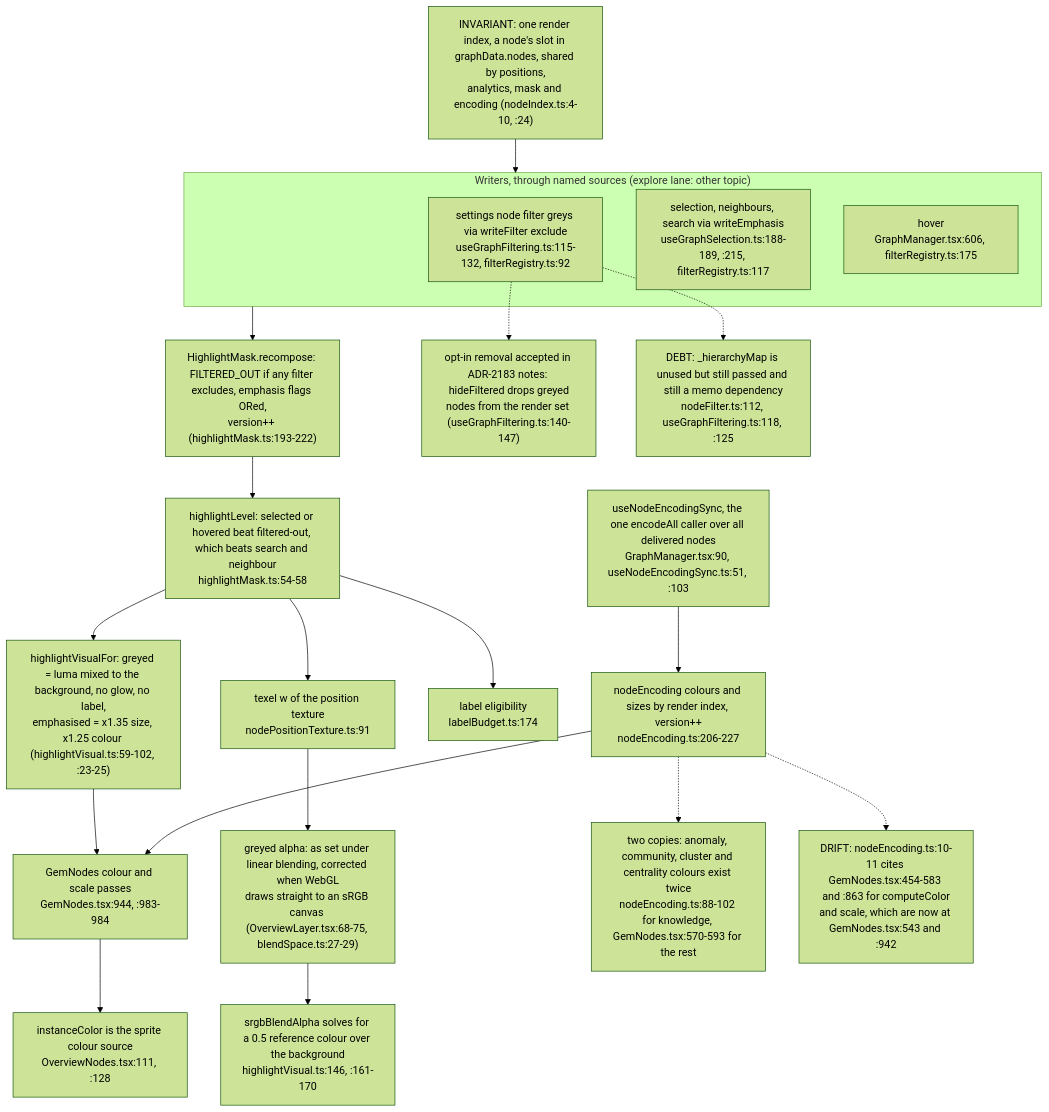
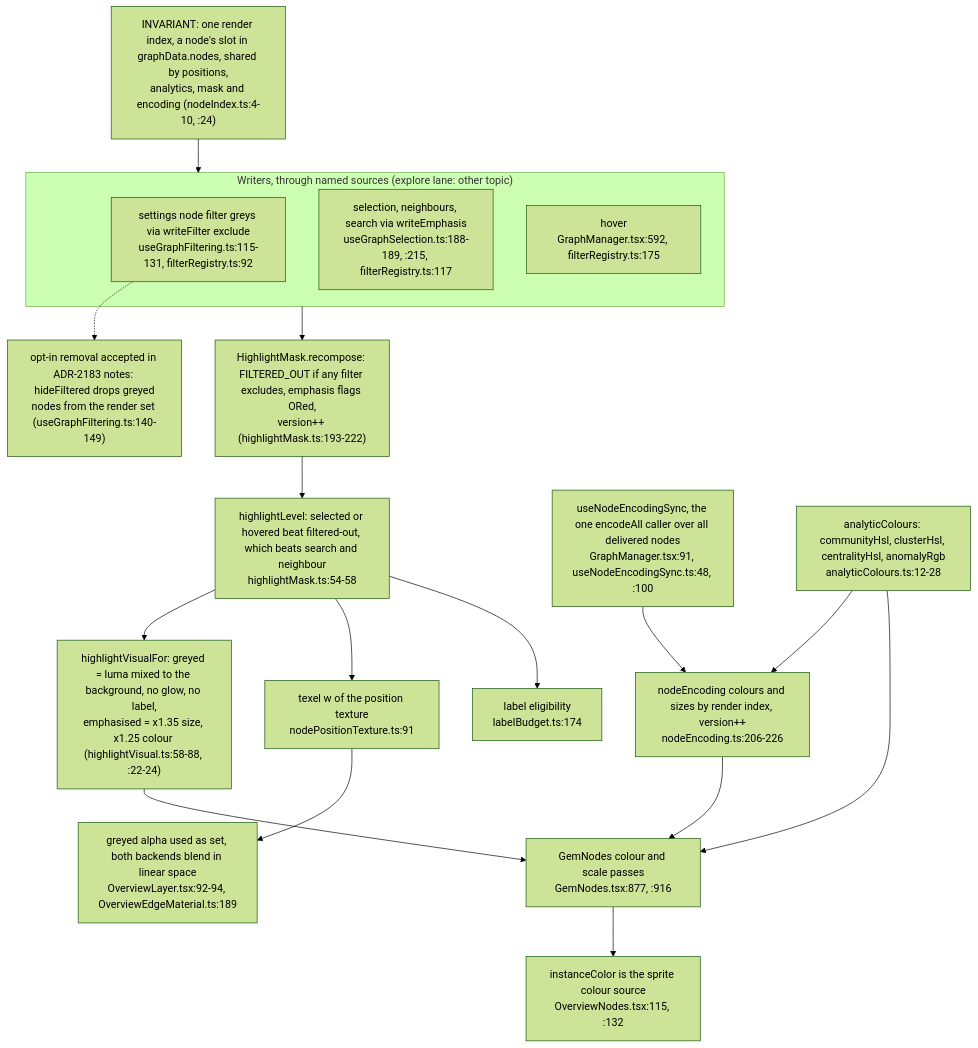
Before and after one commit to DreamLab-AI/VisionFlow: diagram 13 of 15 in docs/diagrams/visionclaw/31-client-graph-render-pipeline.md, drawn with Mermaid (forest theme). The commit also changed other lines of this file and 46 other files, not shown here.

Commit message:
docs(diagrams): re-verify VisionClaw topics at 809a859aa/a950f4d80 after the consolidation pass

````diff
--- a/docs/diagrams/visionclaw/31-client-graph-render-pipeline.md
+++ b/docs/diagrams/visionclaw/31-client-graph-render-pipeline.md
@@ -722,25 +716,23 @@
 ```mermaid
 flowchart TB
     IDX["INVARIANT: one render index, a node's slot in graphData.nodes, shared by positions,<br/>analytics, mask and encoding (nodeIndex.ts:4-10, :24)"]
     subgraph W["Writers, through named sources (explore lane: other topic)"]
-        WF["settings node filter greys via writeFilter exclude<br/>useGraphFiltering.ts:115-132, filterRegistry.ts:92"]
+        WF["settings node filter greys via writeFilter exclude<br/>useGraphFiltering.ts:115-131, filterRegistry.ts:92"]
         WS["selection, neighbours, search via writeEmphasis<br/>useGraphSelection.ts:188-189, :215, filterRegistry.ts:117"]
-        WH["hover<br/>GraphManager.tsx:606, filterRegistry.ts:175"]
+        WH["hover<br/>GraphManager.tsx:592, filterRegistry.ts:175"]
     end
     IDX --> W
     W --> REC["HighlightMask.recompose: FILTERED_OUT if any filter excludes, emphasis flags ORed,<br/>version++ (highlightMask.ts:193-222)"]
     REC --> LVL["highlightLevel: selected or hovered beat filtered-out, which beats search and neighbour<br/>highlightMask.ts:54-58"]
-    LVL --> HV["highlightVisualFor: greyed = luma mixed to the background, no glow, no label,<br/>emphasised = x1.35 size, x1.25 colour (highlightVisual.ts:59-102, :23-25)"]
-    HV --> GN["GemNodes colour and scale passes<br/>GemNodes.tsx:944, :983-984"]
+    LVL --> HV["highlightVisualFor: greyed = luma mixed to the background, no glow, no label,<br/>emphasised = x1.35 size, x1.25 colour (highlightVisual.ts:58-88, :22-24)"]
+    HV --> GN["GemNodes colour and scale passes<br/>GemNodes.tsx:877, :916"]
     LVL --> TEXL["texel w of the position texture<br/>nodePositionTexture.ts:91"]
     LVL --> LBL["label eligibility<br/>labelBudget.ts:174"]
-    ENC["useNodeEncodingSync, the one encodeAll caller over all delivered nodes<br/>GraphManager.tsx:90, useNodeEncodingSync.ts:51, :103"] --> NE["nodeEncoding colours and sizes by render index, version++<br/>nodeEncoding.ts:206-227"]
+    ENC["useNodeEncodingSync, the one encodeAll caller over all delivered nodes<br/>GraphManager.tsx:91, useNodeEncodingSync.ts:48, :100"] --> NE["nodeEncoding colours and sizes by render index, version++<br/>nodeEncoding.ts:206-226"]
+    AC["analyticColours: communityHsl, clusterHsl, centralityHsl, anomalyRgb<br/>analyticColours.ts:12-28"] --> NE
+    AC --> GN
     NE --> GN
-    GN --> SPR["instanceColor is the sprite colour source<br/>OverviewNodes.tsx:111, :128"]
-    TEXL --> BLEND["greyed alpha: as set under linear blending, corrected when WebGL<br/>draws straight to an sRGB canvas (OverviewLayer.tsx:68-75, blendSpace.ts:27-29)"]
-    BLEND --> SOLVE["srgbBlendAlpha solves for a 0.5 reference colour over the background<br/>highlightVisual.ts:146, :161-170"]
-    WF -.-> T1["opt-in removal accepted in ADR-2183 notes: hideFiltered drops greyed<br/>nodes from the render set (useGraphFiltering.ts:140-147)"]
-    WF -.-> D1["DEBT: _hierarchyMap is unused but still passed and still a memo dependency<br/>nodeFilter.ts:112, useGraphFiltering.ts:118, :125"]
-    NE -.-> D2["two copies: anomaly, community, cluster and centrality colours exist twice<br/>nodeEncoding.ts:88-102 for knowledge, GemNodes.tsx:570-593 for the rest"]
-    NE -.-> D3["DRIFT: nodeEncoding.ts:10-11 cites GemNodes.tsx:454-583 and :863 for computeColor<br/>and scale, which are now at GemNodes.tsx:543 and :942"]
+    GN --> SPR["instanceColor is the sprite colour source<br/>OverviewNodes.tsx:115, :132"]
+    TEXL --> LIN["greyed alpha used as set, both backends blend in linear space<br/>OverviewLayer.tsx:92-94, OverviewEdgeMaterial.ts:189"]
+    WF -.-> T1["opt-in removal accepted in ADR-2183 notes: hideFiltered drops greyed<br/>nodes from the render set (useGraphFiltering.ts:140-149)"]
 ```
````
